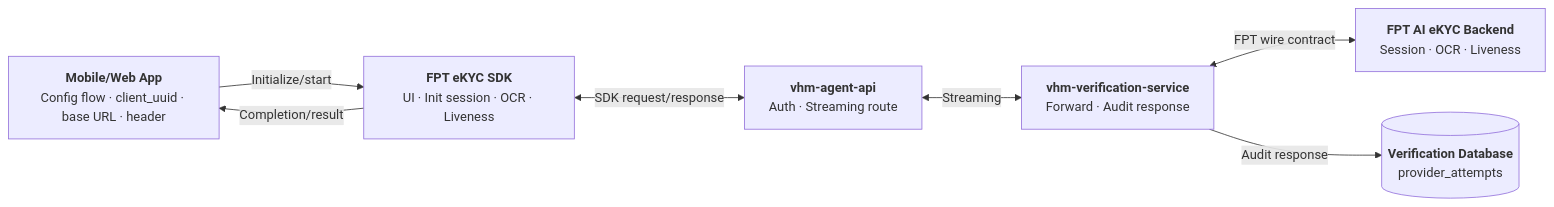
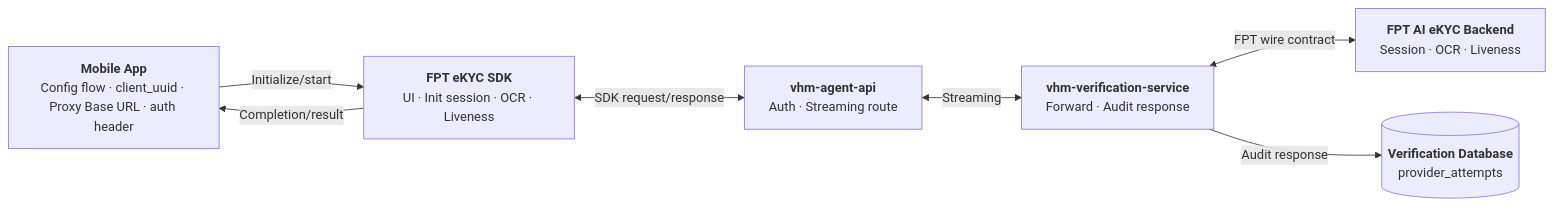
The fifth of 7 diagrams in noxh-ekyc.md (huynv-xyz/vhm), drawn with Mermaid before and after one commit. The commit also changed other lines of this file, not shown here.

````diff
--- a/noxh-ekyc.md
+++ b/noxh-ekyc.md
@@ -395,22 +395,22 @@
 ```mermaid
 flowchart LR
-    APP["`**Mobile/Web App**
-Config flow · client_uuid · base URL · header`"]
+    APP["`**Mobile App**
+Config flow · client_uuid · Proxy Base URL · auth header`"]
     SDK["`**FPT eKYC SDK**
 UI · Init session · OCR · Liveness`"]
     BFF["`**vhm-agent-api**
 Auth · Streaming route`"]
     SERVICE["`**vhm-verification-service**
 Forward · Audit response`"]
     DB[("`**Verification Database**
 provider_attempts`")]
     FPT["`**FPT AI eKYC Backend**
 Session · OCR · Liveness`"]
 
     APP -->|"Initialize/start"| SDK
     SDK -->|"Completion/result"| APP
     SDK <-->|"SDK request/response"| BFF
     BFF <-->|"Streaming"| SERVICE
     SERVICE <-->|"FPT wire contract"| FPT
     SERVICE -->|"Audit response"| DB
 ```
````
